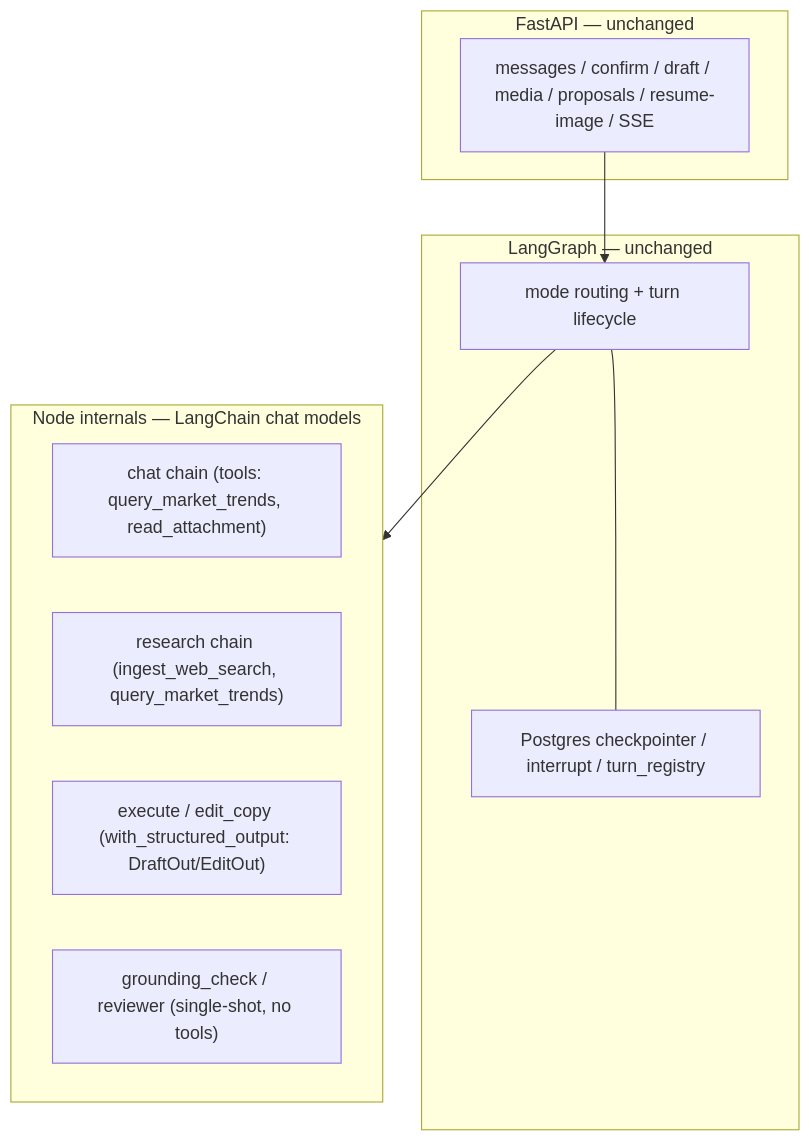
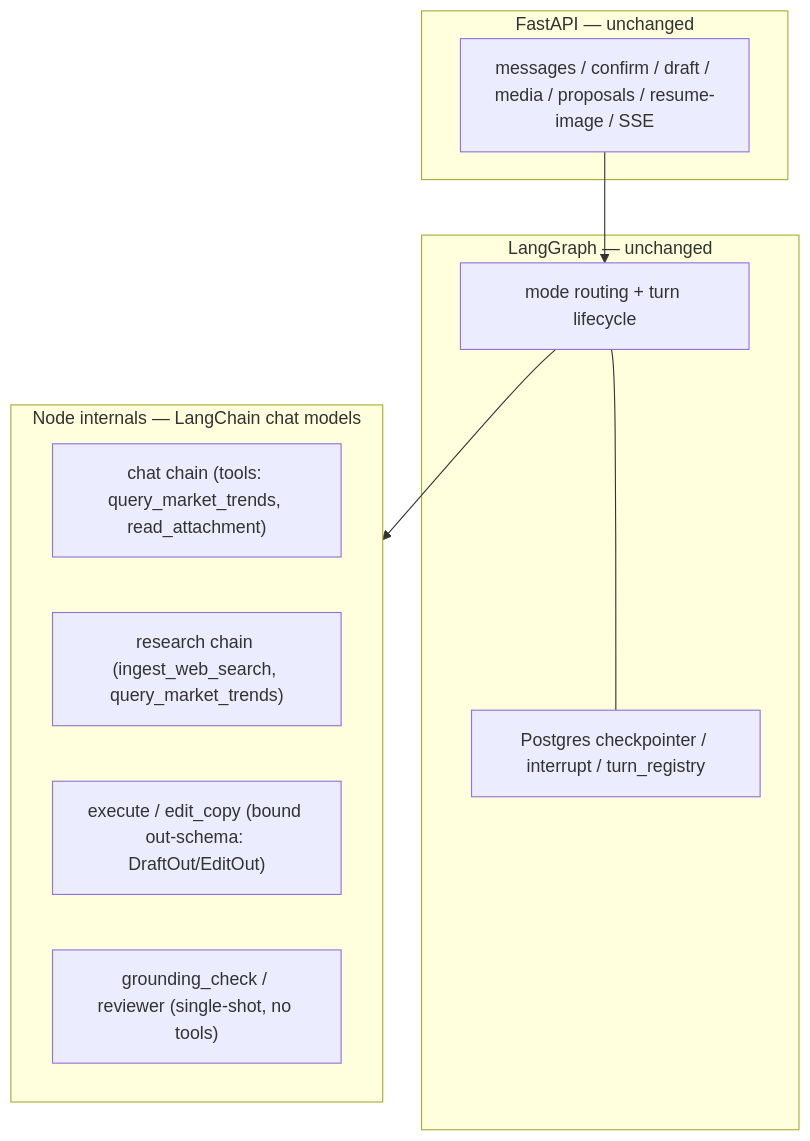
Before and after one commit to brandon-wsc/unhinted-marketing: the diagram in docs/adr/0060-langchain-inner-harness.md, drawn with Mermaid. The commit also changed other lines of this file and 5 other files, not shown here.

````diff
--- a/docs/adr/0060-langchain-inner-harness.md
+++ b/docs/adr/0060-langchain-inner-harness.md
@@ -30,18 +30,18 @@
 ```mermaid
 flowchart TB
   subgraph fastapi [FastAPI — unchanged]
     HTTP["messages / confirm / draft / media / proposals / resume-image / SSE"]
   end
   subgraph langgraph [LangGraph — unchanged]
     MODE["mode routing + turn lifecycle"]
     CKPT["Postgres checkpointer / interrupt / turn_registry"]
   end
   subgraph nodes [Node internals — LangChain chat models]
     CHAT["chat chain (tools: query_market_trends, read_attachment)"]
     RESEARCH["research chain (ingest_web_search, query_market_trends)"]
-    EXEC["execute / edit_copy (with_structured_output: DraftOut/EditOut)"]
+    EXEC["execute / edit_copy (bound out-schema: DraftOut/EditOut)"]
     SINGLE["grounding_check / reviewer (single-shot, no tools)"]
   end
   HTTP --> MODE --> nodes
   MODE --- CKPT
 ```
````
